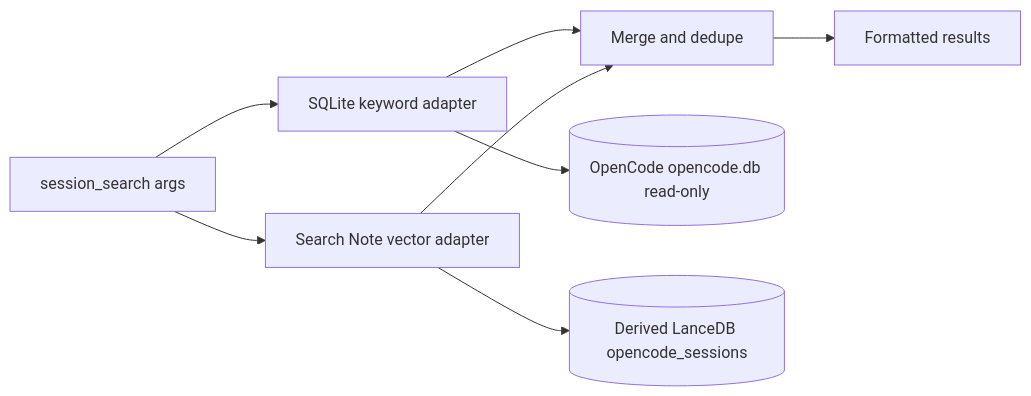
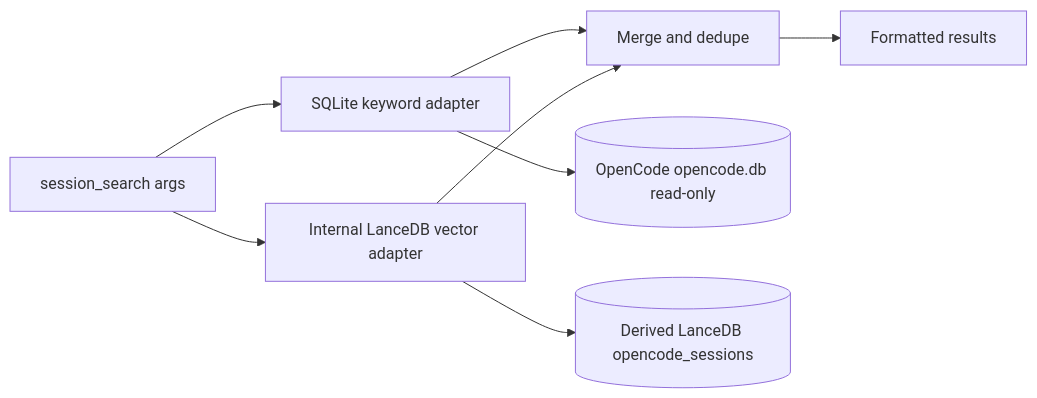
The diagram in docs/specs/session-search-hybrid.md (Dandi007/oh-my-openagent), drawn with Mermaid before and after one commit. The commit also changed other lines of this file and 1 other file, not shown here.

First line of the commit message:
docs: update session-search docs for internal vector build/query

````diff
--- a/docs/specs/session-search-hybrid.md
+++ b/docs/specs/session-search-hybrid.md
@@ -19,11 +19,11 @@
 ```mermaid
 flowchart LR
   A[session_search args] --> B[SQLite keyword adapter]
-  A --> C[Search Note vector adapter]
+  A --> C[Internal LanceDB vector adapter]
   B --> D[Merge and dedupe]
   C --> D
   D --> E[Formatted results]
 
   B --> F[(OpenCode opencode.db read-only)]
   C --> G[(Derived LanceDB opencode_sessions)]
 ```
````
